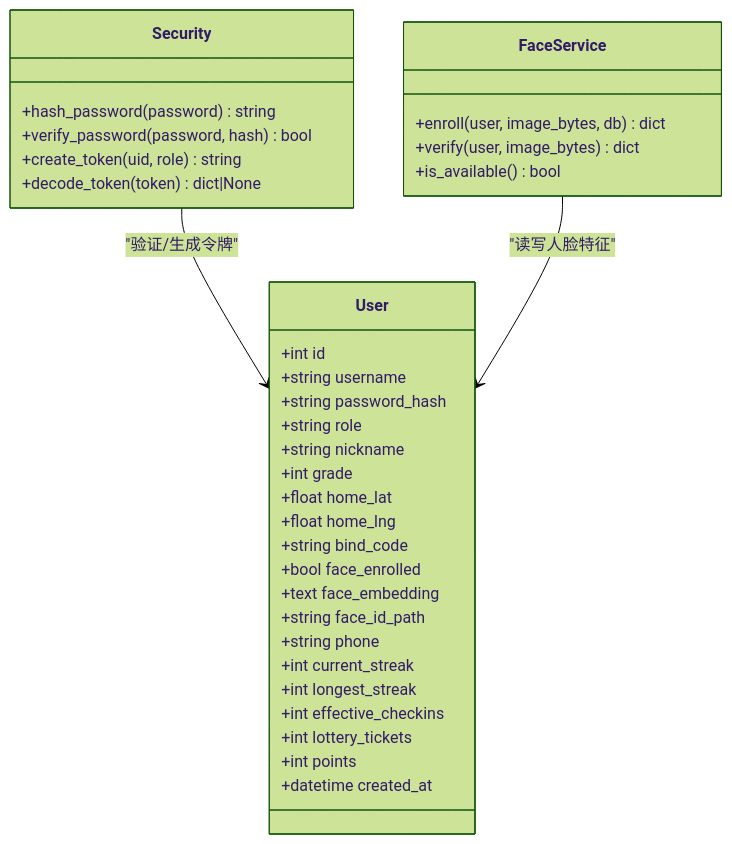
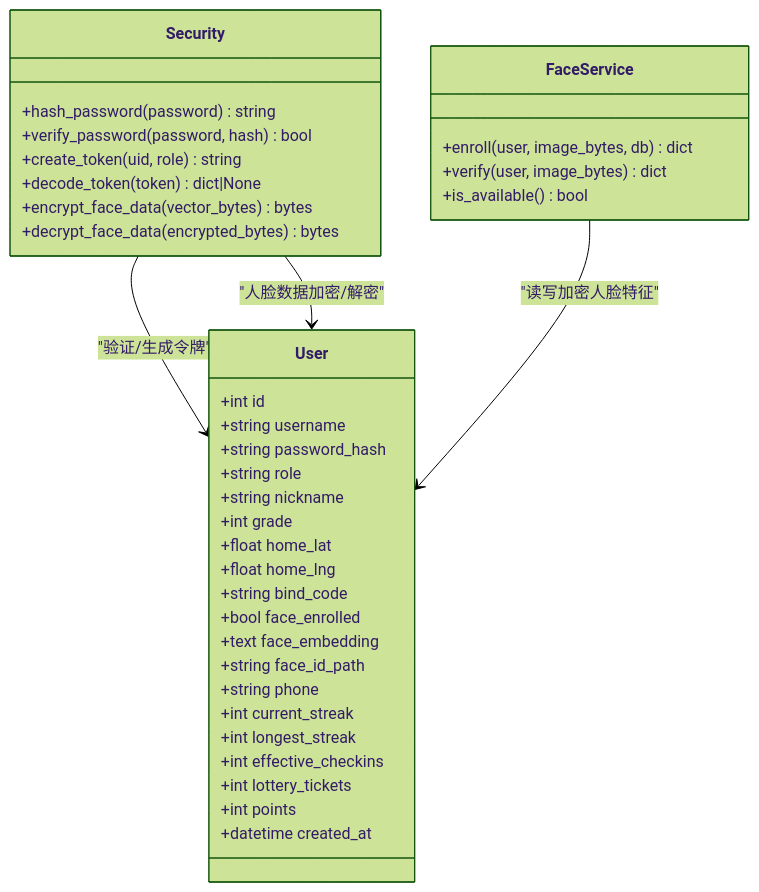
One commit to onebody/homework changed the third of 6 diagrams in .qoder/repowiki/zh/content/安全与认证机制/数据安全保护.md. Above: the diagram before and after it, drawn with Mermaid (forest theme). The commit also changed other lines of this file and 14 other files, not shown here.

````diff
--- a/.qoder/repowiki/zh/content/安全与认证机制/数据安全保护.md
+++ b/.qoder/repowiki/zh/content/安全与认证机制/数据安全保护.md
@@ -164,37 +181,40 @@
 ```mermaid
 classDiagram
 class User {
 +int id
 +string username
 +string password_hash
 +string role
 +string nickname
 +int grade
 +float home_lat
 +float home_lng
 +string bind_code
 +bool face_enrolled
 +text face_embedding
 +string face_id_path
 +string phone
 +int current_streak
 +int longest_streak
 +int effective_checkins
 +int lottery_tickets
 +int points
 +datetime created_at
 }
 class Security {
 +hash_password(password) string
 +verify_password(password, hash) bool
 +create_token(uid, role) string
 +decode_token(token) dict|None
++encrypt_face_data(vector_bytes) bytes
++decrypt_face_data(encrypted_bytes) bytes
 }
 class FaceService {
 +enroll(user, image_bytes, db) dict
 +verify(user, image_bytes) dict
 +is_available() bool
 }
 Security --> User : "验证/生成令牌"
-FaceService --> User : "读写人脸特征"
+Security --> User : "人脸数据加密/解密"
+FaceService --> User : "读写加密人脸特征"
 ```
````
